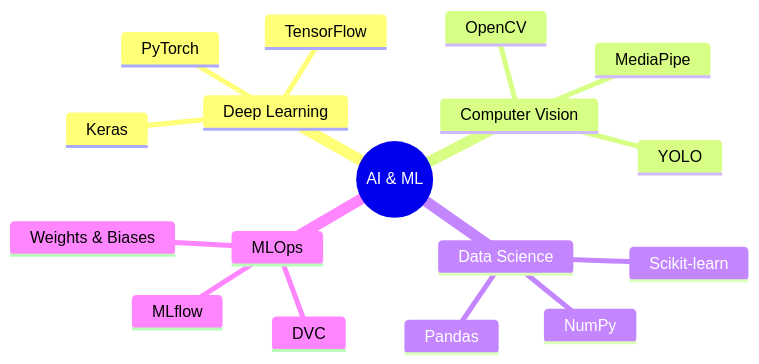
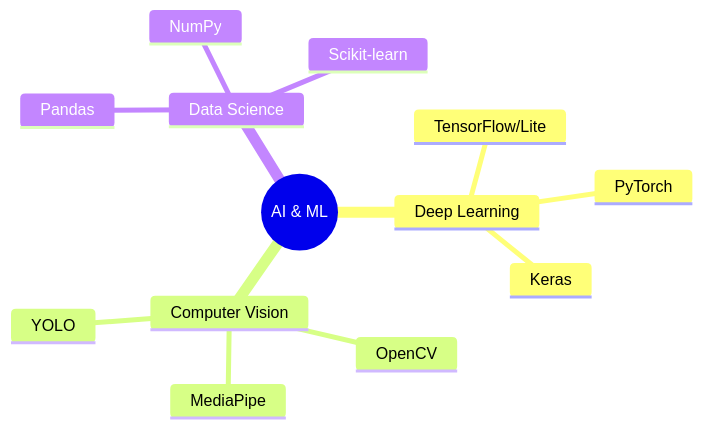
The second of 4 diagrams in README.md (KhamessiTaha/KhamessiTaha), drawn with Mermaid before and after one commit. The commit also changed other lines of this file, not shown here.

````diff
--- a/README.md
+++ b/README.md
@@ -116,20 +111,17 @@
 ```mermaid
 mindmap
   root((AI & ML))
     Deep Learning
-      TensorFlow
+      TensorFlow/Lite
       PyTorch
       Keras
     Computer Vision
       OpenCV
       MediaPipe
       YOLO
     Data Science
       Pandas
       NumPy
       Scikit-learn
-    MLOps
-      MLflow
-      DVC
-      Weights & Biases
+      
 ```
````
